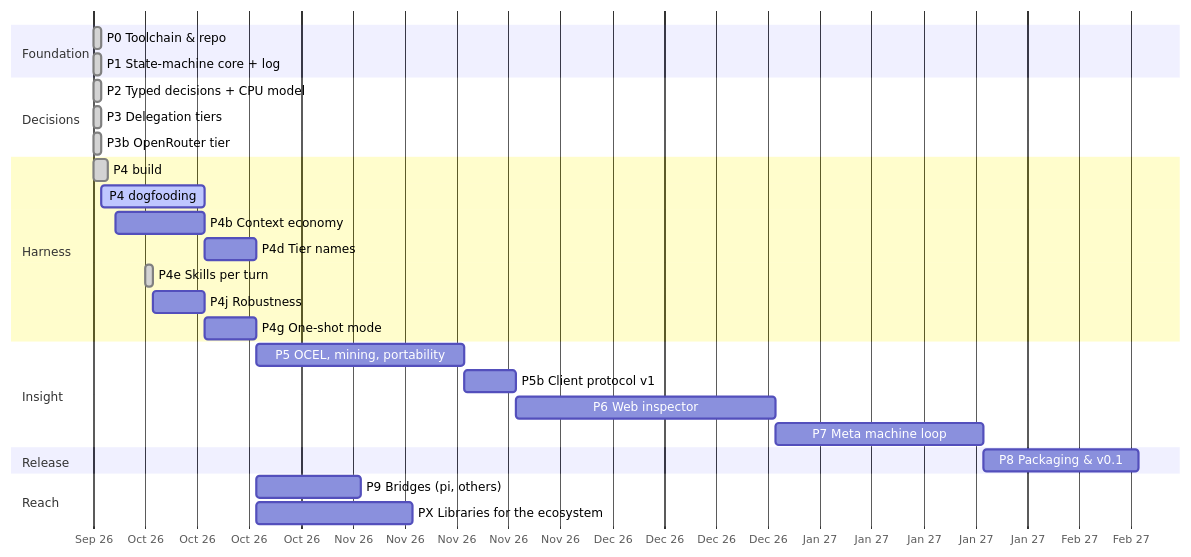
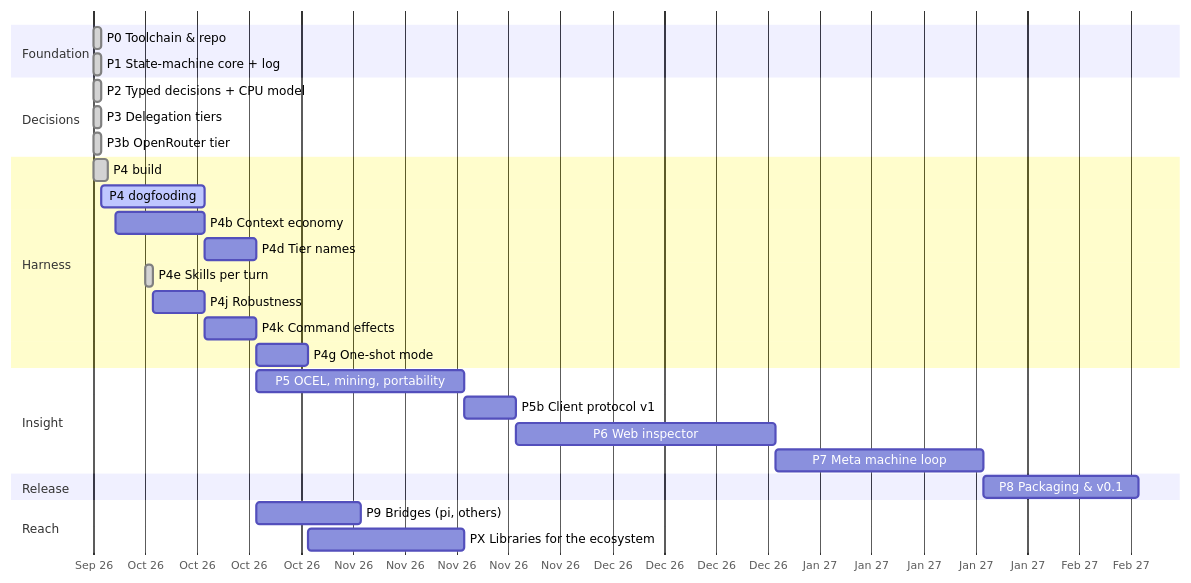
One commit to romeroabelleira/xeito changed the diagram in docs/implementation-plan.md. Above: the diagram before and after it, drawn with Mermaid. The commit also changed other lines of this file and 5 other files, not shown here.

First line of the commit message:
Plan P4k: command effects, from a survey of shell-effect research

````diff
--- a/docs/implementation-plan.md
+++ b/docs/implementation-plan.md
@@ -43,30 +44,31 @@
 ```mermaid
 gantt
   dateFormat YYYY-MM-DD
   axisFormat %b %y
   section Foundation
   P0 Toolchain & repo            :done, p0, 2026-09-27, 1d
   P1 State-machine core + log    :done, p1, 2026-09-27, 1d
   section Decisions
   P2 Typed decisions + CPU model :done, p2, 2026-09-27, 1d
   P3 Delegation tiers            :done, p3, 2026-09-27, 1d
   P3b OpenRouter tier            :done, p3b, 2026-09-27, 1d
   section Harness
   P4 build                       :done, p4b, 2026-09-27, 2d
   P4 dogfooding                  :active, p4d, 2026-09-28, 2w
   P4b Context economy            :p4b, 2026-09-30, 12d
   P4d Tier names                 :p4d, 2026-10-12, 1w
   P4e Skills per turn            :done, p4e, 2026-10-04, 1d
   P4j Robustness                 :p4j, after p4e, 1w
-  P4g One-shot mode              :p4g, after p4j, 1w
+  P4k Command effects           :p4k, after p4j, 1w
+  P4g One-shot mode              :p4g, after p4k, 1w
   section Insight
   P5 OCEL, mining, portability   :p5, after p4d, 4w
   P5b Client protocol v1         :p5b, after p5, 1w
   P6 Web inspector               :p6, after p5b, 5w
   P7 Meta machine loop           :p7, after p6, 4w
   section Release
   P8 Packaging & v0.1            :p8, after p7, 3w
   section Reach
   P9 Bridges (pi, others)        :p9, after p4d, 2w
   PX Libraries for the ecosystem :px, after p4g, 3w
 ```
````
